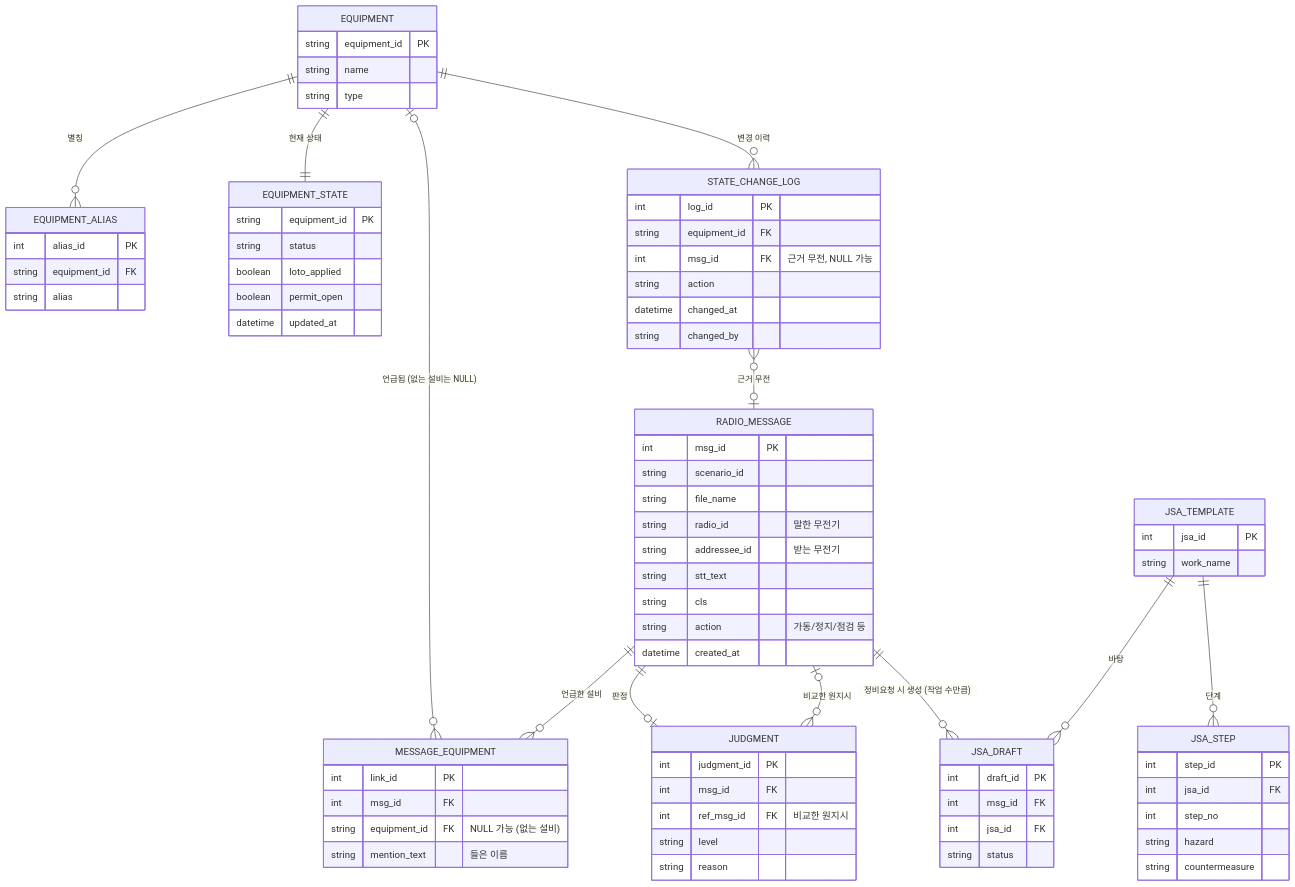
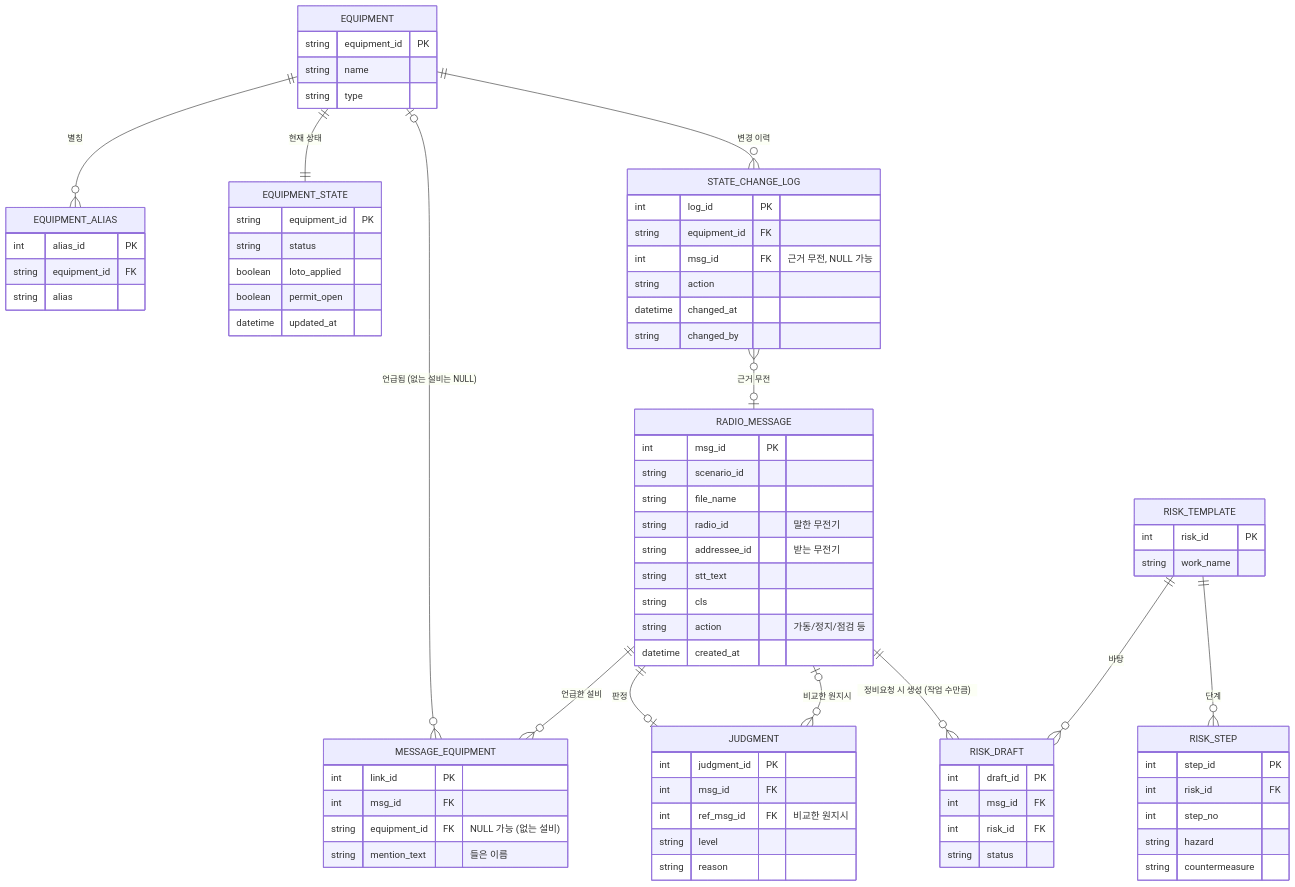
Before and after one commit to Kangmunju/radio-safety-judgment: the diagram in db/hackathon_db_schema.md, drawn with Mermaid. The commit also changed other lines of this file and 1 other file, not shown here.

Commit message:
DB 구조 최종본: 위험성 평가 표 이름 변경 (jsa_* -> risk_*)

````diff
--- a/db/hackathon_db_schema.md
+++ b/db/hackathon_db_schema.md
@@ -18,81 +18,81 @@
 ```mermaid
 erDiagram
   EQUIPMENT ||--o{ EQUIPMENT_ALIAS : "별칭"
   EQUIPMENT ||--|| EQUIPMENT_STATE : "현재 상태"
   EQUIPMENT ||--o{ STATE_CHANGE_LOG : "변경 이력"
   EQUIPMENT |o--o{ MESSAGE_EQUIPMENT : "언급됨 (없는 설비는 NULL)"
   RADIO_MESSAGE ||--o{ MESSAGE_EQUIPMENT : "언급한 설비"
   RADIO_MESSAGE ||--o| JUDGMENT : "판정"
   JUDGMENT }o--o| RADIO_MESSAGE : "비교한 원지시"
   STATE_CHANGE_LOG }o--o| RADIO_MESSAGE : "근거 무전"
-  RADIO_MESSAGE ||--o{ JSA_DRAFT : "정비요청 시 생성 (작업 수만큼)"
-  JSA_TEMPLATE ||--o{ JSA_STEP : "단계"
-  JSA_TEMPLATE ||--o{ JSA_DRAFT : "바탕"
+  RADIO_MESSAGE ||--o{ RISK_DRAFT : "정비요청 시 생성 (작업 수만큼)"
+  RISK_TEMPLATE ||--o{ RISK_STEP : "단계"
+  RISK_TEMPLATE ||--o{ RISK_DRAFT : "바탕"
 
   EQUIPMENT {
     string equipment_id PK
     string name
     string type
   }
   EQUIPMENT_ALIAS {
     int alias_id PK
     string equipment_id FK
     string alias
   }
   EQUIPMENT_STATE {
     string equipment_id PK
     string status
     boolean loto_applied
     boolean permit_open
     datetime updated_at
   }
   STATE_CHANGE_LOG {
     int log_id PK
     string equipment_id FK
     int msg_id FK "근거 무전, NULL 가능"
     string action
     datetime changed_at
     string changed_by
   }
   RADIO_MESSAGE {
     int msg_id PK
     string scenario_id
     string file_name
     string radio_id "말한 무전기"
     string addressee_id "받는 무전기"
     string stt_text
     string cls
     string action "가동/정지/점검 등"
     datetime created_at
   }
   MESSAGE_EQUIPMENT {
     int link_id PK
     int msg_id FK
     string equipment_id FK "NULL 가능 (없는 설비)"
     string mention_text "들은 이름"
   }
   JUDGMENT {
     int judgment_id PK
     int msg_id FK
     int ref_msg_id FK "비교한 원지시"
     string level
     string reason
   }
-  JSA_TEMPLATE {
-    int jsa_id PK
+  RISK_TEMPLATE {
+    int risk_id PK
     string work_name
   }
-  JSA_STEP {
+  RISK_STEP {
     int step_id PK
-    int jsa_id FK
+    int risk_id FK
     int step_no
     string hazard
     string countermeasure
   }
-  JSA_DRAFT {
+  RISK_DRAFT {
     int draft_id PK
     int msg_id FK
-    int jsa_id FK
+    int risk_id FK
     string status
   }
 ```
````
